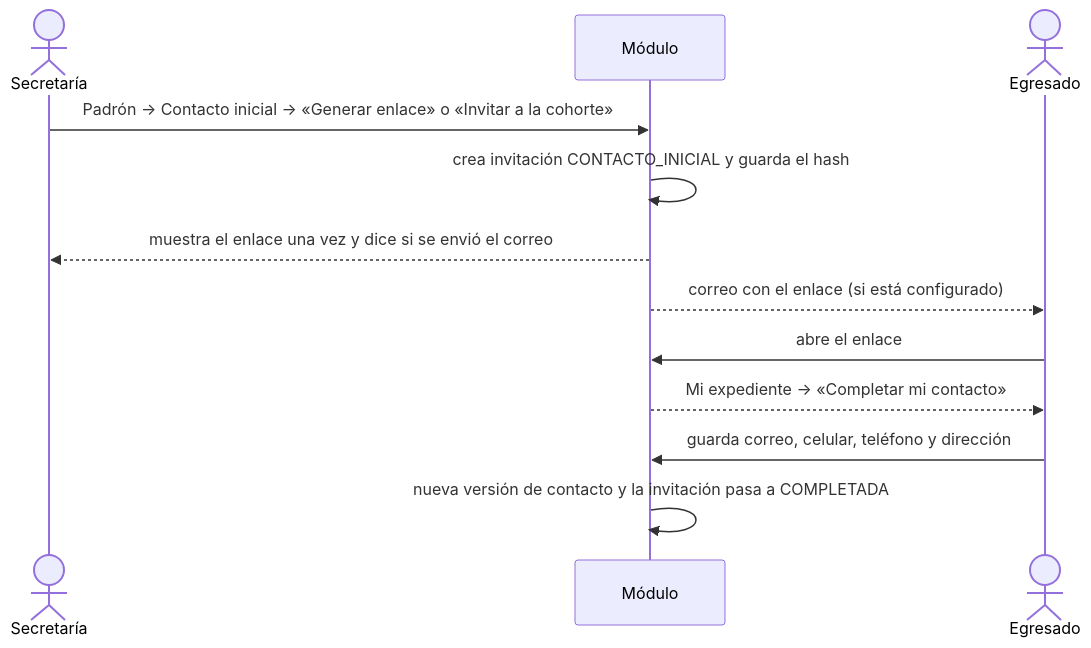
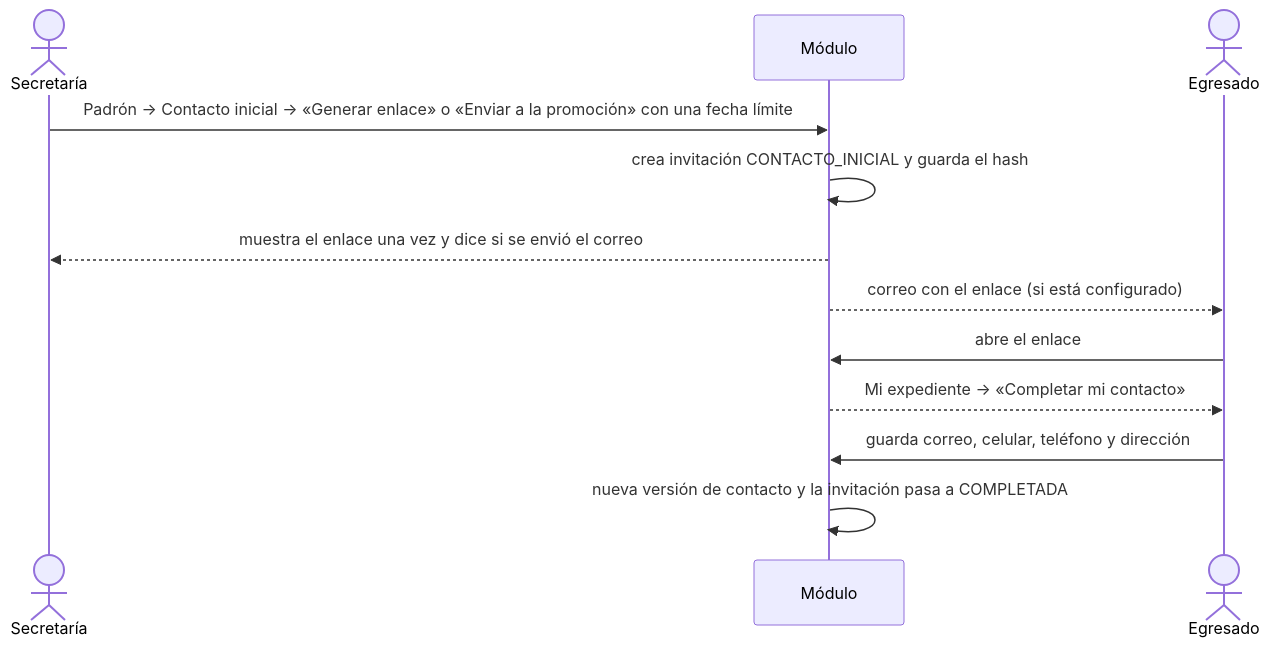
The third of 4 diagrams in docs/seguimiento-egresado/flujo.md (Alex300VA24/project-portal-gestion-direccion-escuela), drawn with Mermaid before and after one commit. The commit also changed other lines of this file and 29 other files, not shown here.

Commit message:
feat(egresado): padrón y promociones con carga por promoción, fecha límite y contacto obligatorio

````diff
--- a/docs/seguimiento-egresado/flujo.md
+++ b/docs/seguimiento-egresado/flujo.md
@@ -68,14 +68,14 @@
 ```mermaid
 sequenceDiagram
     actor S as Secretaría
     participant M as Módulo
     actor E as Egresado
-    S->>M: Padrón → Contacto inicial → «Generar enlace» o «Invitar a la cohorte»
+    S->>M: Padrón → Contacto inicial → «Generar enlace» o «Enviar a la promoción» con una fecha límite
     M->>M: crea invitación CONTACTO_INICIAL y guarda el hash
     M-->>S: muestra el enlace una vez y dice si se envió el correo
     M-->>E: correo con el enlace (si está configurado)
     E->>M: abre el enlace
     M-->>E: Mi expediente → «Completar mi contacto»
     E->>M: guarda correo, celular, teléfono y dirección
     M->>M: nueva versión de contacto y la invitación pasa a COMPLETADA
 ```
````
